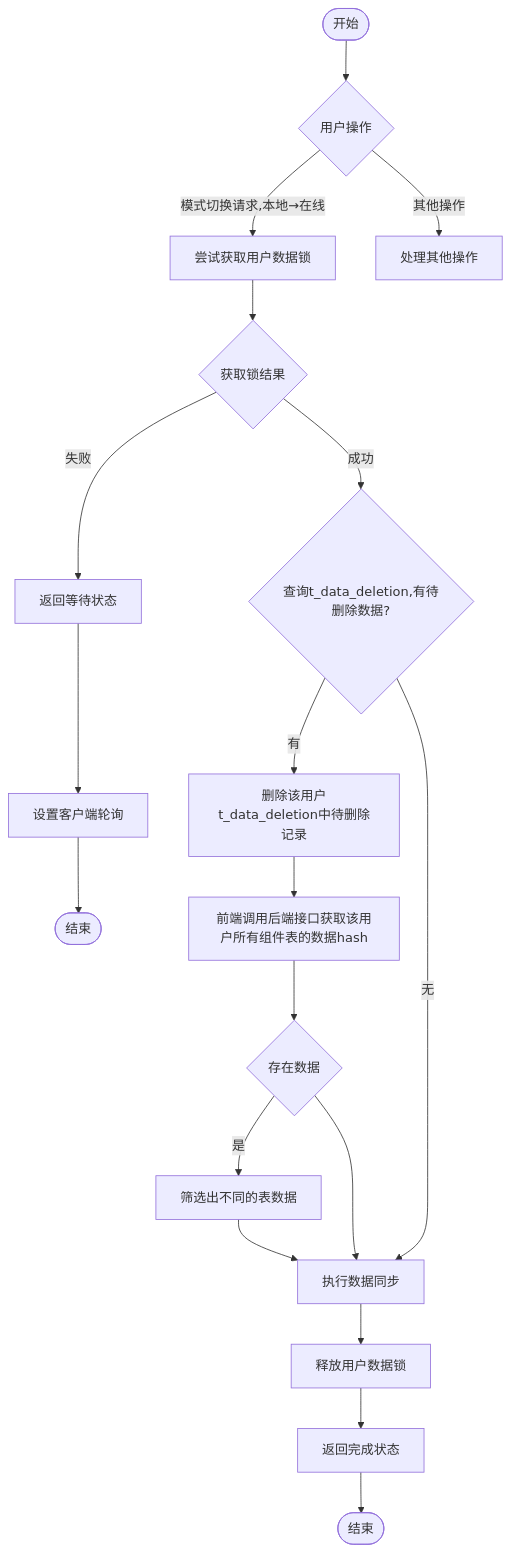
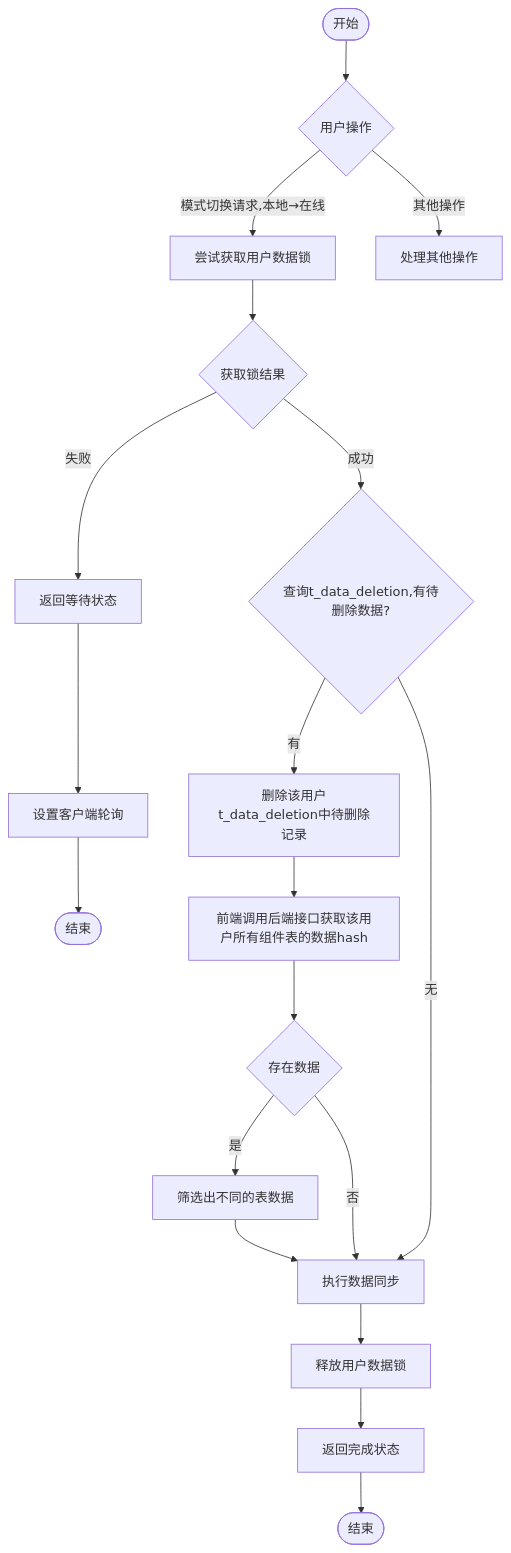
One commit to yingjianzh/iodraw-files changed the diagram in all/未命名-57.md. Above: the diagram before and after it, drawn with Mermaid.

Commit message:
2025-05-12 11:33:56 update

````diff
--- a/all/未命名-57.md
+++ b/all/未命名-57.md
@@ -1,33 +1,33 @@
 ```mermaid
 
 flowchart TD
     %% 主要分支
     Start([开始]) --> UserAction{用户操作}
     UserAction -->|模式切换请求,本地→在线| TryLock[尝试获取用户数据锁]
     UserAction -->|其他操作| OtherOps[处理其他操作]
 
     %% 模式切换流程
     TryLock --> LockResult{获取锁结果}
     
     LockResult -->|失败| ReturnWaiting[返回等待状态]
     ReturnWaiting --> SetupPolling[设置客户端轮询]
     SetupPolling --> End1([结束])
     
     LockResult -->|成功| CheckPendingDeletion{查询t_data_deletion,有待删除数据?}
     
     CheckPendingDeletion -->|有| RemoveDeletionRecords[删除该用户t_data_deletion中待删除记录]
     RemoveDeletionRecords --> FrontGetComponentTableHash[前端调用后端接口获取该用户所有组件表的数据hash]
     FrontGetComponentTableHash --> ExistData{存在数据}
 
     ExistData --> |是| CheckIsSame[筛选出不同的表数据]
 
     CheckIsSame --> PerformSync[执行数据同步]
-    ExistData --> PerformSync[执行数据同步]
+    ExistData --> |否| PerformSync[执行数据同步]
     
     CheckPendingDeletion -->|无| PerformSync
     
     PerformSync --> ReleaseSwitchLock[释放用户数据锁]
     ReleaseSwitchLock --> ReturnComplete[返回完成状态]
     ReturnComplete --> End2([结束])
 
 ```
````
